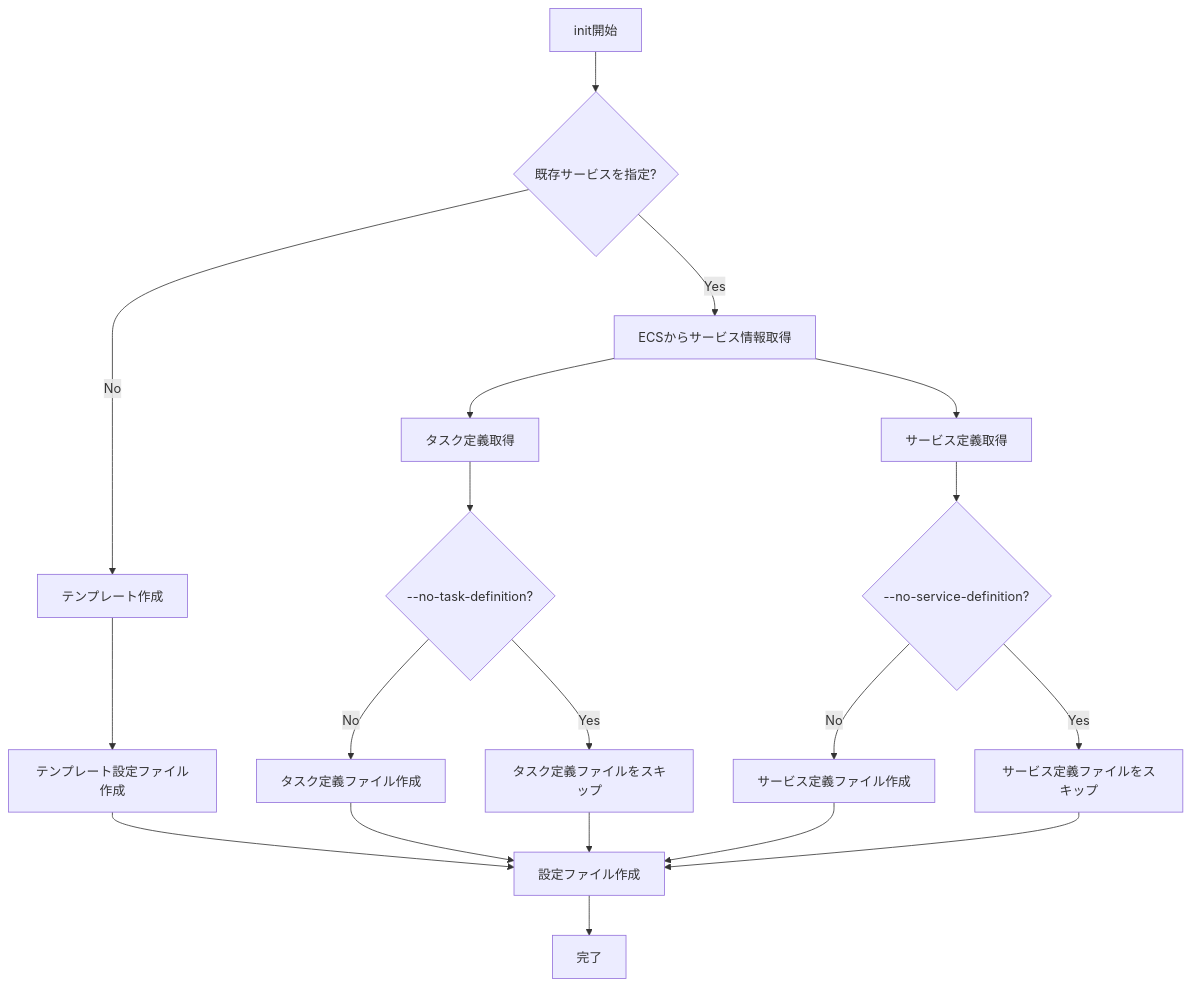
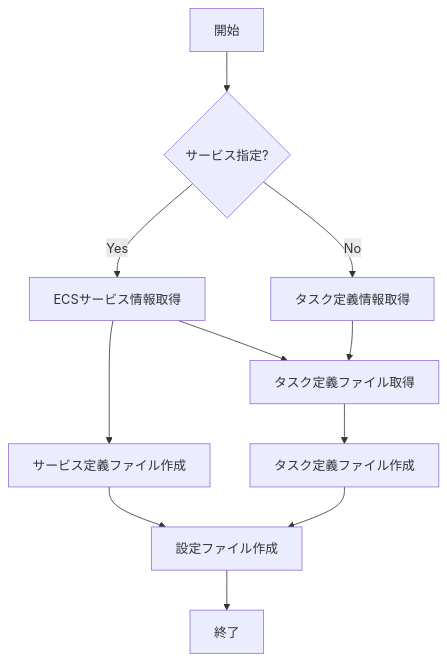
The diagram in ecspresso/commands/init.md (bufferings/devin-docs), drawn with Mermaid before and after one commit. The commit also changed other lines of this file and 31 other files, not shown here.

````diff
--- a/ecspresso/commands/init.md
+++ b/ecspresso/commands/init.md
@@ -86,21 +57,13 @@
 ```mermaid
-graph TD
-    A[init開始] --> B{既存サービスを指定?}
-    B -->|Yes| C[ECSからサービス情報取得]
-    B -->|No| D[テンプレート作成]
-    C --> E[タスク定義取得]
-    C --> F[サービス定義取得]
-    D --> G[テンプレート設定ファイル作成]
-    E --> H{--no-task-definition?}
-    F --> I{--no-service-definition?}
-    H -->|No| J[タスク定義ファイル作成]
-    H -->|Yes| K[タスク定義ファイルをスキップ]
-    I -->|No| L[サービス定義ファイル作成]
-    I -->|Yes| M[サービス定義ファイルをスキップ]
-    G --> N[設定ファイル作成]
-    J --> N
-    K --> N
-    L --> N
-    M --> N
-    N --> O[完了]
+flowchart TD
+    A[開始] --> B{サービス指定?}
+    B -->|Yes| C[ECSサービス情報取得]
+    B -->|No| D[タスク定義情報取得]
+    C --> E[サービス定義ファイル作成]
+    C --> F[タスク定義ファイル取得]
+    D --> F
+    F --> G[タスク定義ファイル作成]
+    E --> H[設定ファイル作成]
+    G --> H
+    H --> I[終了]
 ```
````
